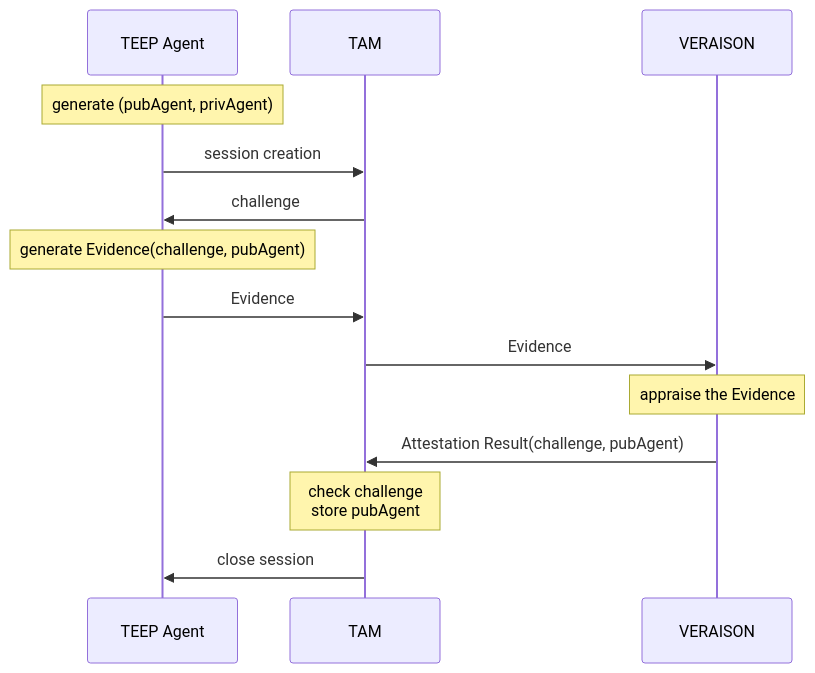
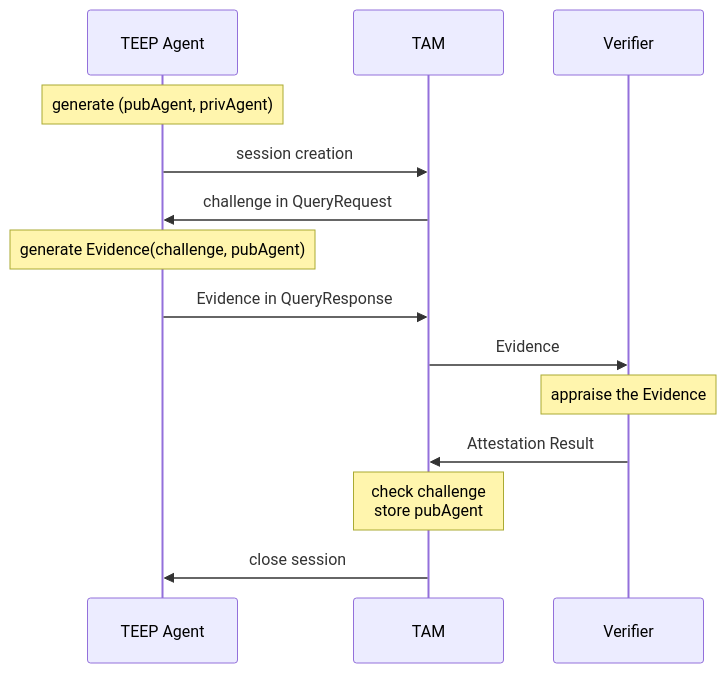
Before and after one commit to kentakayama/AttesTAM: the second of 3 diagrams in doc/TEEP_AGENT_STATUS.md, drawn with Mermaid. The commit also changed other lines of this file and 12 other files, not shown here.

````diff
--- a/doc/TEEP_AGENT_STATUS.md
+++ b/doc/TEEP_AGENT_STATUS.md
@@ -106,17 +33,17 @@
 ```mermaid
 sequenceDiagram
     Participant Agent AS TEEP Agent
     Participant TAM
-    Participant Verifier AS VERAISON
+    Participant Verifier AS Verifier
 
     note over Agent: generate (pubAgent, privAgent)
     Agent ->> TAM: session creation
-    TAM ->> Agent: challenge
+    TAM ->> Agent: challenge in QueryRequest
     note over Agent: generate Evidence(challenge, pubAgent)
-    Agent ->> TAM: Evidence
+    Agent ->> TAM: Evidence in QueryResponse
     TAM ->> Verifier: Evidence
     note over Verifier: appraise the Evidence
-    Verifier ->> TAM: Attestation Result(challenge, pubAgent)
+    Verifier ->> TAM: Attestation Result
     note over TAM: check challenge<br/>store pubAgent
     TAM ->> Agent: close session
 ```
````
